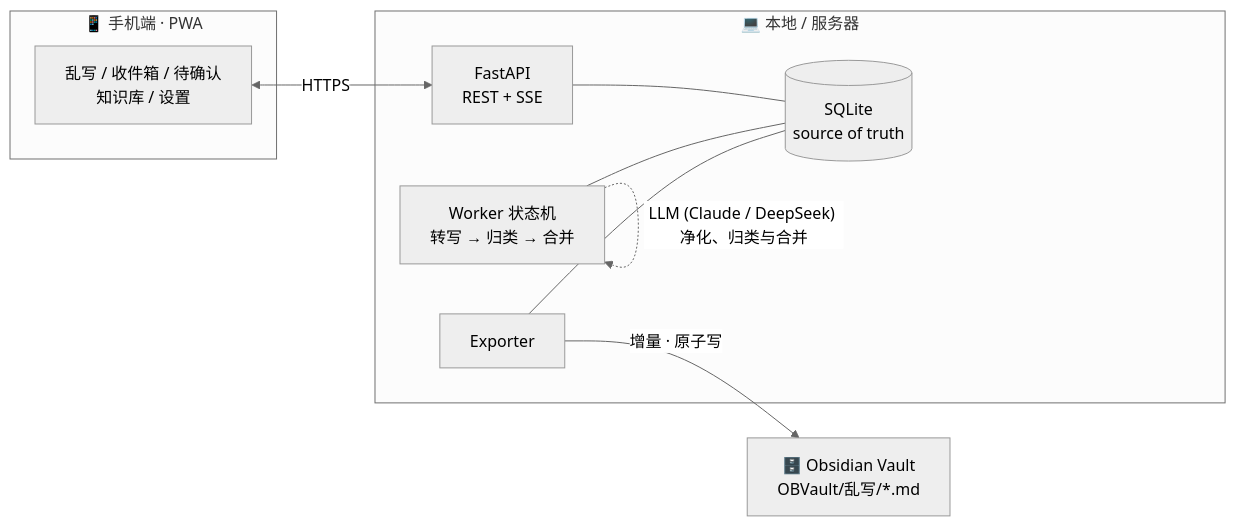
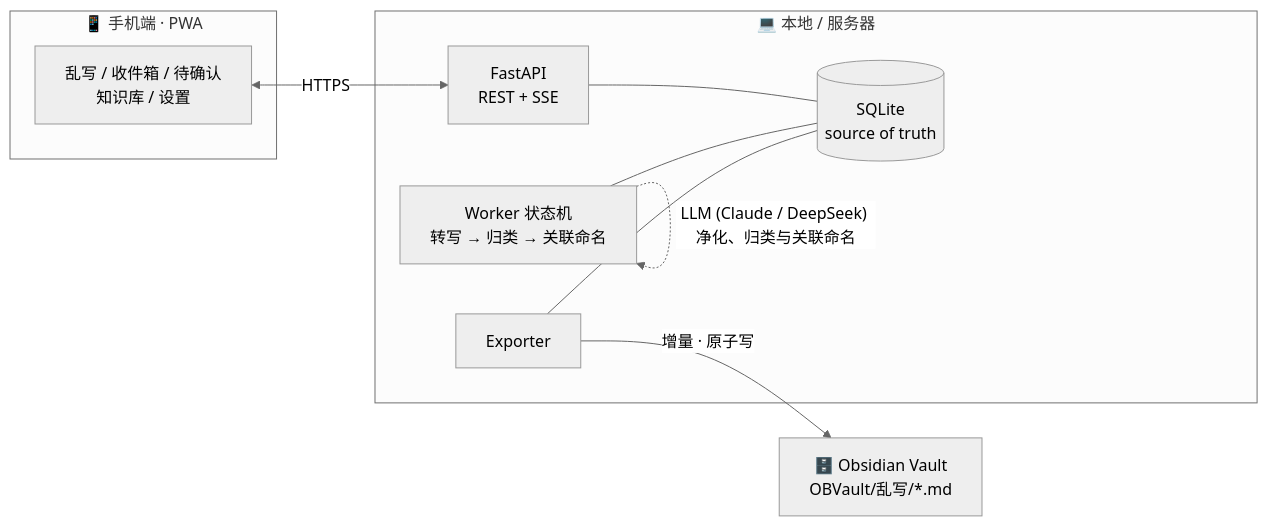
One commit to its-rory/luanxie changed the first of 2 diagrams in README.md. Above: the diagram before and after it, drawn with Mermaid (neutral theme). The commit also changed other lines of this file and 1 other file, not shown here.

````diff
--- a/README.md
+++ b/README.md
@@ -94,21 +95,21 @@
 ```mermaid
 flowchart LR
     subgraph phone["📱 手机端 · PWA"]
       UI["乱写 / 收件箱 / 待确认<br/>知识库 / 设置"]
     end
     subgraph host["💻 本地 / 服务器"]
       API["FastAPI<br/>REST + SSE"]
       DB[("SQLite<br/>source of truth")]
-      W["Worker 状态机<br/>转写 → 归类 → 合并"]
+      W["Worker 状态机<br/>转写 → 归类 → 关联命名"]
       EX["Exporter"]
       API --- DB
       W --- DB
       EX --- DB
     end
     OB["🗄️ Obsidian Vault<br/>OBVault/乱写/*.md"]
 
     UI <-->|"HTTPS"| API
     W -. "本地转写 或 云端 API 转写 (FFmpeg mp3 压缩)" .-> W
-    W -. "LLM (Claude / DeepSeek) 净化、归类与合并" .-> W
+    W -. "LLM (Claude / DeepSeek) 净化、归类与关联命名" .-> W
     EX -->|"增量 · 原子写"| OB
 ```
````
